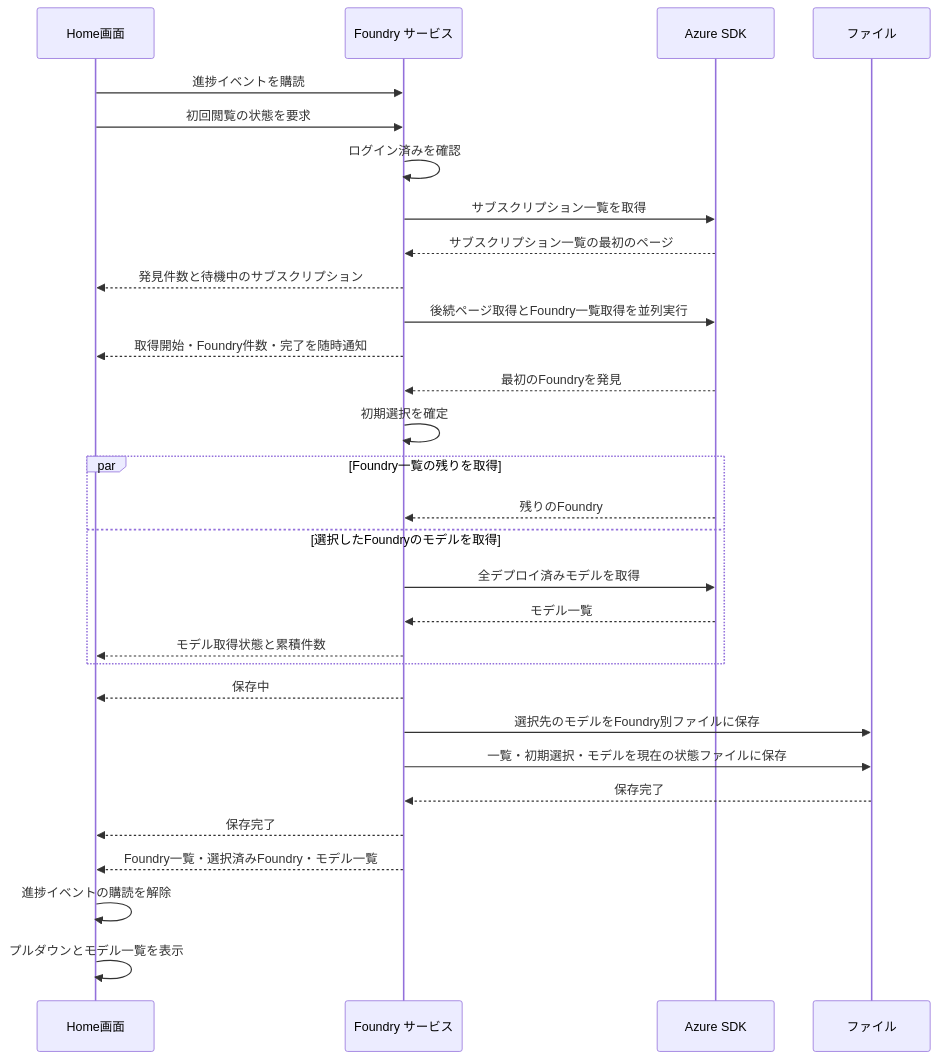
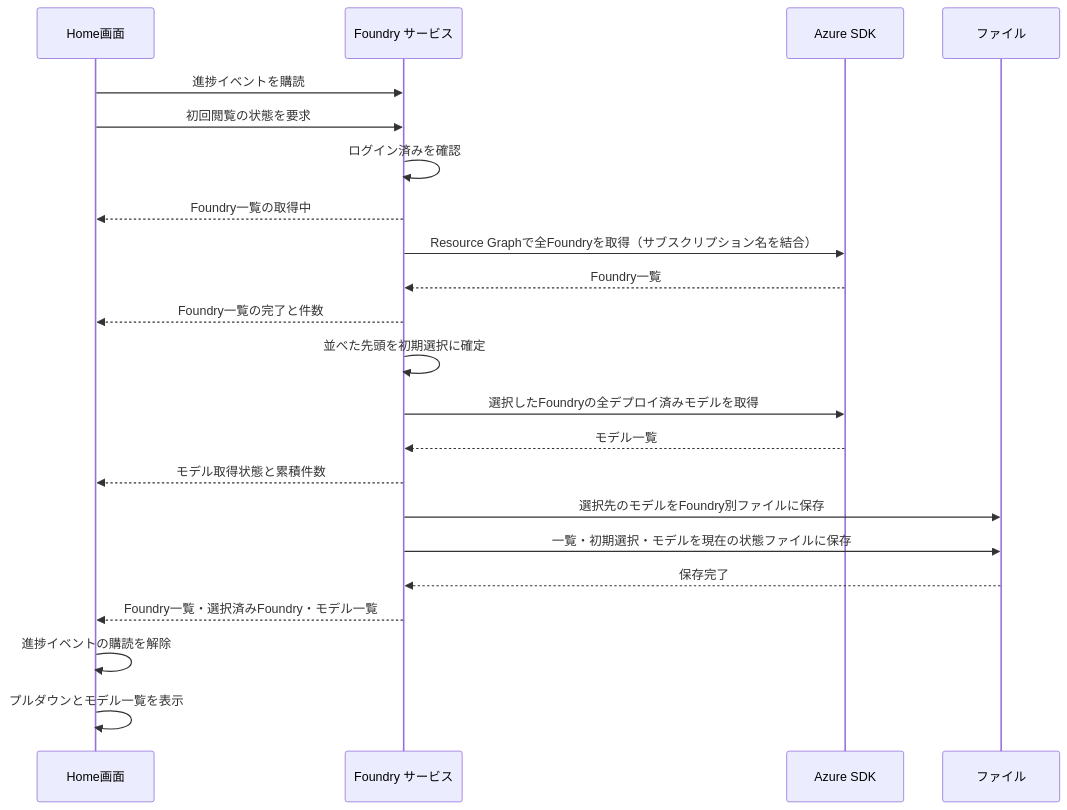
The third of 4 diagrams in docs/design/UCP-1.md (nuitsjp/azfoundry-deck), drawn with Mermaid before and after one commit. The commit also changed other lines of this file and 28 other files, not shown here.

First line of the commit message:
Foundry一覧の取得をResource Graphに置き換え、進捗モーダルを2行固定にする (#12)

````diff
--- a/docs/design/UCP-1.md
+++ b/docs/design/UCP-1.md
@@ -79,32 +79,24 @@
 ```mermaid
 sequenceDiagram
   participant U as Home画面
   participant S as Foundry サービス
   participant K as Azure SDK
   participant F as ファイル
   U->>S: 進捗イベントを購読
   U->>S: 初回閲覧の状態を要求
   S->>S: ログイン済みを確認
-  S->>K: サブスクリプション一覧を取得
-  K-->>S: サブスクリプション一覧の最初のページ
-  S-->>U: 発見件数と待機中のサブスクリプション
-  S->>K: 後続ページ取得とFoundry一覧取得を並列実行
-  S-->>U: 取得開始・Foundry件数・完了を随時通知
-  K-->>S: 最初のFoundryを発見
-  S->>S: 初期選択を確定
-  par Foundry一覧の残りを取得
-    K-->>S: 残りのFoundry
-  and 選択したFoundryのモデルを取得
-    S->>K: 全デプロイ済みモデルを取得
-    K-->>S: モデル一覧
-    S-->>U: モデル取得状態と累積件数
-  end
-  S-->>U: 保存中
+  S-->>U: Foundry一覧の取得中
+  S->>K: Resource Graphで全Foundryを取得（サブスクリプション名を結合）
+  K-->>S: Foundry一覧
+  S-->>U: Foundry一覧の完了と件数
+  S->>S: 並べた先頭を初期選択に確定
+  S->>K: 選択したFoundryの全デプロイ済みモデルを取得
+  K-->>S: モデル一覧
+  S-->>U: モデル取得状態と累積件数
   S->>F: 選択先のモデルをFoundry別ファイルに保存
   S->>F: 一覧・初期選択・モデルを現在の状態ファイルに保存
   F-->>S: 保存完了
-  S-->>U: 保存完了
   S-->>U: Foundry一覧・選択済みFoundry・モデル一覧
   U->>U: 進捗イベントの購読を解除
   U->>U: プルダウンとモデル一覧を表示
 ```
````
